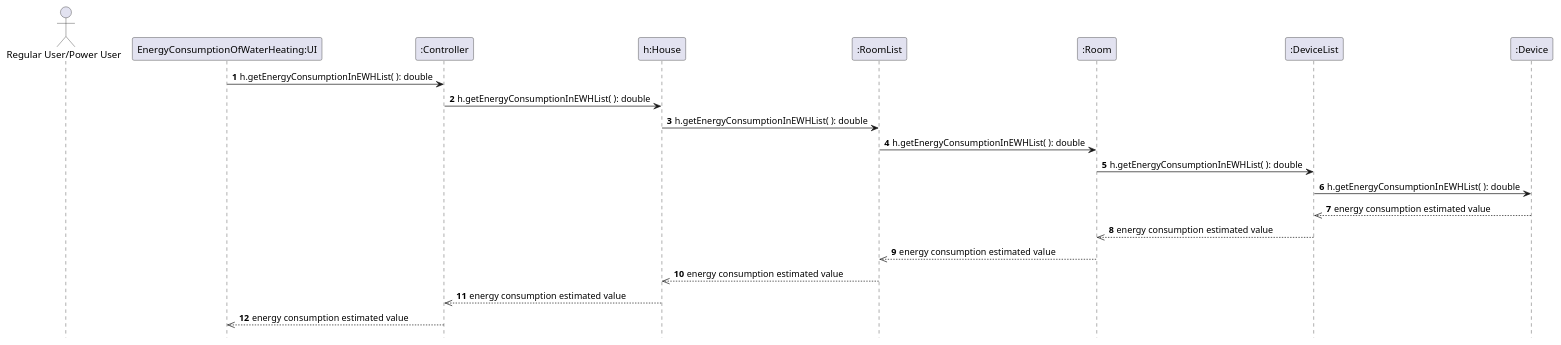
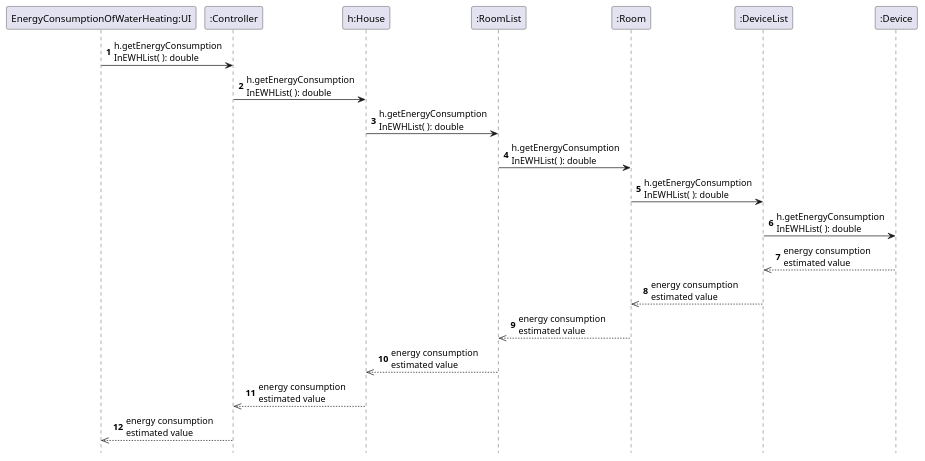
The diagram in src/main/java/smarthome/uml/sequencediagrams/EnergyConsumptionOfWaterHeatingRef3.puml (emanuel-pereira/hou), drawn with PlantUML before and after one commit. The commit also changed 8 other files, not shown here.

Commit message:
Correction of EditDevice Sequence Diagram

```diff
--- a/src/main/java/smarthome/uml/sequencediagrams/EnergyConsumptionOfWaterHeatingRef3.puml
+++ b/src/main/java/smarthome/uml/sequencediagrams/EnergyConsumptionOfWaterHeatingRef3.puml
@@ -1,20 +1,19 @@
 @startuml
 autonumber
 hidefootbox
 
-actor "Regular User/Power User"
 
-"EnergyConsumptionOfWaterHeating:UI" -> ":Controller": h.getEnergyConsumptionInEWHList( ): double
-":Controller" -> "h:House": h.getEnergyConsumptionInEWHList( ): double
-"h:House"->":RoomList": h.getEnergyConsumptionInEWHList( ): double
-":RoomList" -> ":Room": h.getEnergyConsumptionInEWHList( ): double
-":Room" -> ":DeviceList": h.getEnergyConsumptionInEWHList( ): double
-":DeviceList" -> ":Device": h.getEnergyConsumptionInEWHList( ): double
+"EnergyConsumptionOfWaterHeating:UI" -> ":Controller": h.getEnergyConsumption\nInEWHList( ): double
+":Controller" -> "h:House": h.getEnergyConsumption\nInEWHList( ): double
+"h:House"->":RoomList": h.getEnergyConsumption\nInEWHList( ): double
+":RoomList" -> ":Room": h.getEnergyConsumption\nInEWHList( ): double
+":Room" -> ":DeviceList": h.getEnergyConsumption\nInEWHList( ): double
+":DeviceList" -> ":Device": h.getEnergyConsumption\nInEWHList( ): double
 
-":Device" -->> ":DeviceList": energy consumption estimated value
-":DeviceList" -->> ":Room": energy consumption estimated value
-":Room" -->> ":RoomList": energy consumption estimated value
-":RoomList" -->> "h:House": energy consumption estimated value
-"h:House" -->> ":Controller": energy consumption estimated value
-":Controller" -->> "EnergyConsumptionOfWaterHeating:UI": energy consumption estimated value
+":Device" -->> ":DeviceList": energy consumption\nestimated value
+":DeviceList" -->> ":Room": energy consumption\nestimated value
+":Room" -->> ":RoomList": energy consumption\nestimated value
+":RoomList" -->> "h:House": energy consumption\nestimated value
+"h:House" -->> ":Controller": energy consumption\nestimated value
+":Controller" -->> "EnergyConsumptionOfWaterHeating:UI": energy consumption\nestimated value
 @enduml
```
